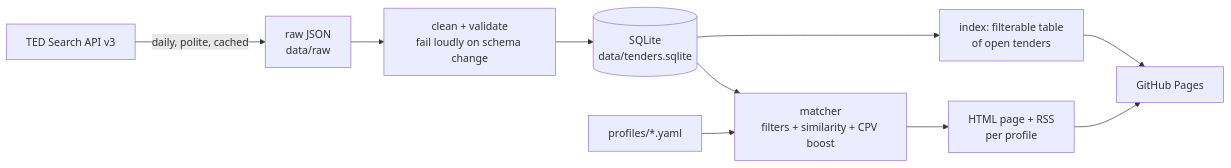
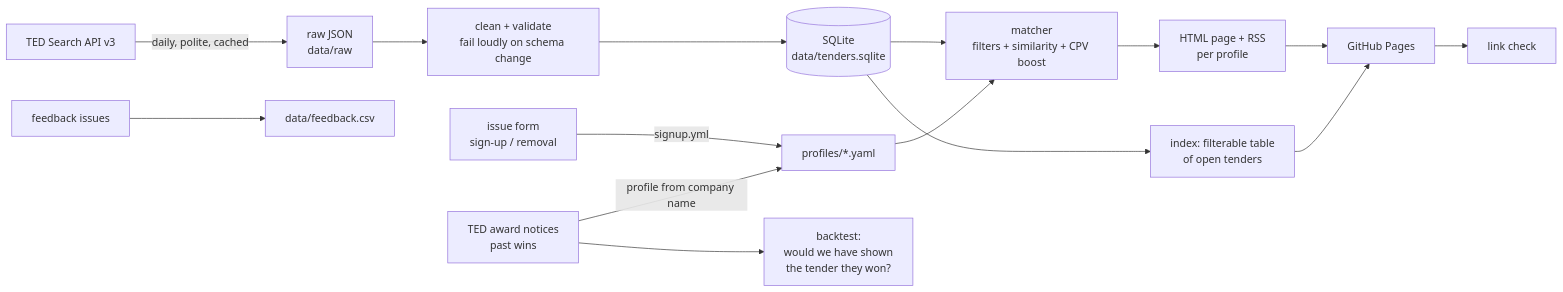
The diagram in README.md (Jenoyrex/tender-radar), drawn with Mermaid before and after one commit. The commit also changed other lines of this file and 3 other files, not shown here.

````diff
--- a/README.md
+++ b/README.md
@@ -22,11 +22,16 @@
 ```mermaid
 flowchart LR
   A[TED Search API v3] -->|daily, polite, cached| B[raw JSON<br>data/raw]
   B --> C[clean + validate<br>fail loudly on schema change]
   C --> D[(SQLite<br>data/tenders.sqlite)]
   D --> E[matcher<br>filters + similarity + CPV boost]
   P[profiles/*.yaml] --> E
   E --> F[HTML page + RSS<br>per profile]
   D --> G[index: filterable table<br>of open tenders]
   F & G --> H[GitHub Pages]
+  H --> L[link check]
+  I[issue form<br>sign-up / removal] -->|signup.yml| P
+  T[TED award notices<br>past wins] -->|profile from company name| P
+  T --> BT[backtest:<br>would we have shown<br>the tender they won?]
+  FB[feedback issues] --> FC[data/feedback.csv]
 ```
````
